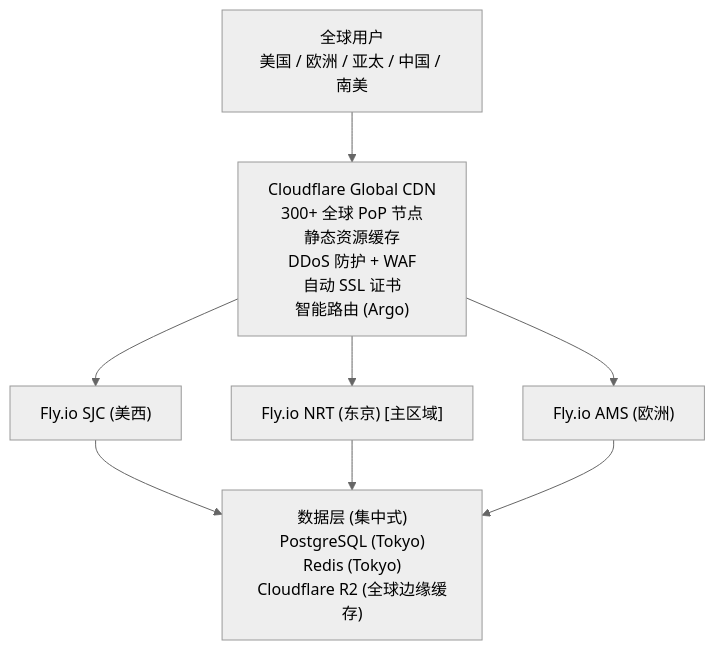
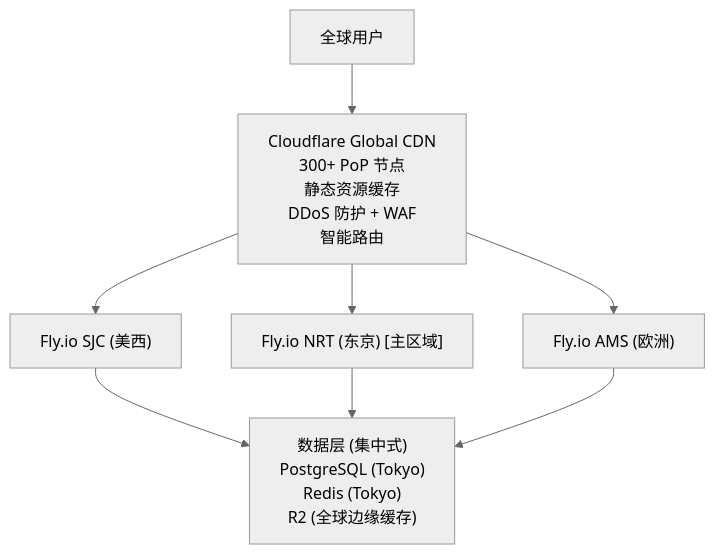
Before and after one commit to readmigo/docs: the first of 4 diagrams in 05-operations/monitoring/performance-optimization.md, drawn with Mermaid (neutral theme). The commit also changed other lines of this file and 27 other files, not shown here.

First line of the commit message:
audit: remove code snippets, update to 2-env architecture across operations and pipeline docs

````diff
--- a/05-operations/monitoring/performance-optimization.md
+++ b/05-operations/monitoring/performance-optimization.md
@@ -43,10 +35,10 @@
 ```mermaid
 graph TD
-    A["全球用户<br>美国 / 欧洲 / 亚太 / 中国 / 南美"] --> B["Cloudflare Global CDN<br>300+ 全球 PoP 节点<br>静态资源缓存<br>DDoS 防护 + WAF<br>自动 SSL 证书<br>智能路由 (Argo)"]
+    A["全球用户"] --> B["Cloudflare Global CDN<br>300+ PoP 节点<br>静态资源缓存<br>DDoS 防护 + WAF<br>智能路由"]
     B --> C["Fly.io SJC (美西)"]
     B --> D["Fly.io NRT (东京) [主区域]"]
     B --> E["Fly.io AMS (欧洲)"]
-    C --> F["数据层 (集中式)<br>PostgreSQL (Tokyo)<br>Redis (Tokyo)<br>Cloudflare R2 (全球边缘缓存)"]
+    C --> F["数据层 (集中式)<br>PostgreSQL (Tokyo)<br>Redis (Tokyo)<br>R2 (全球边缘缓存)"]
     D --> F
     E --> F
 ```
````
